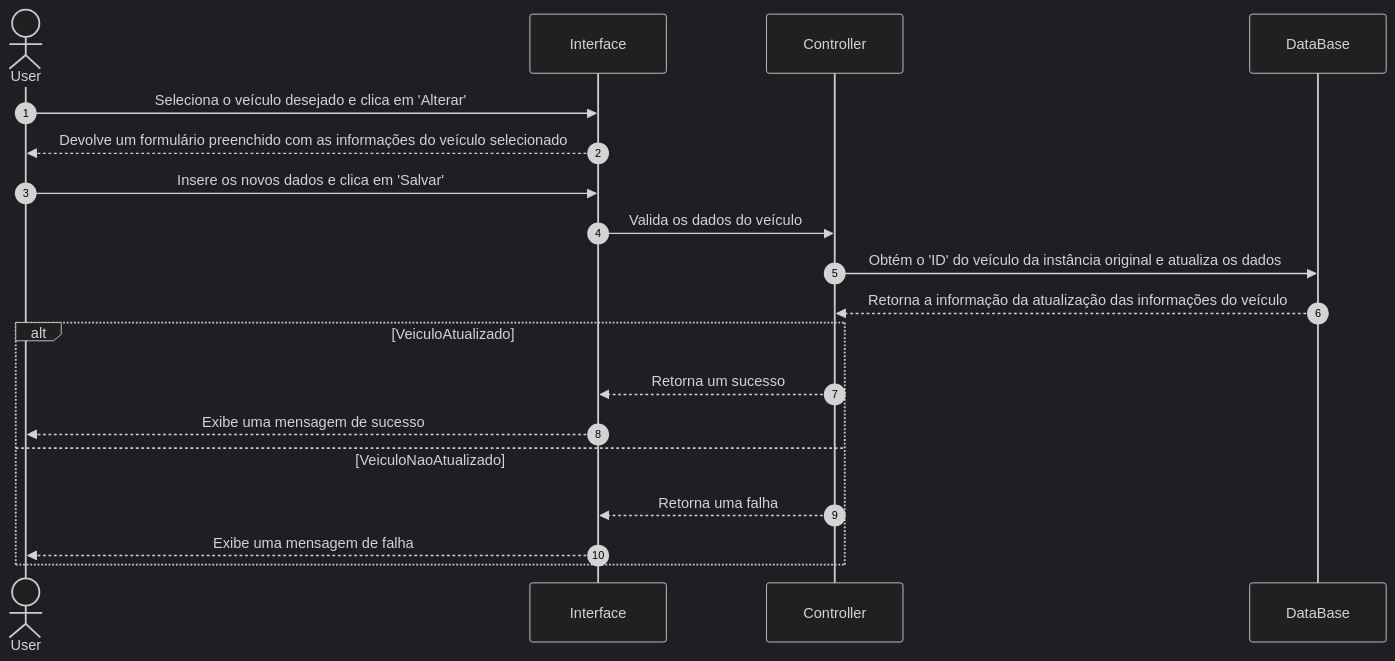
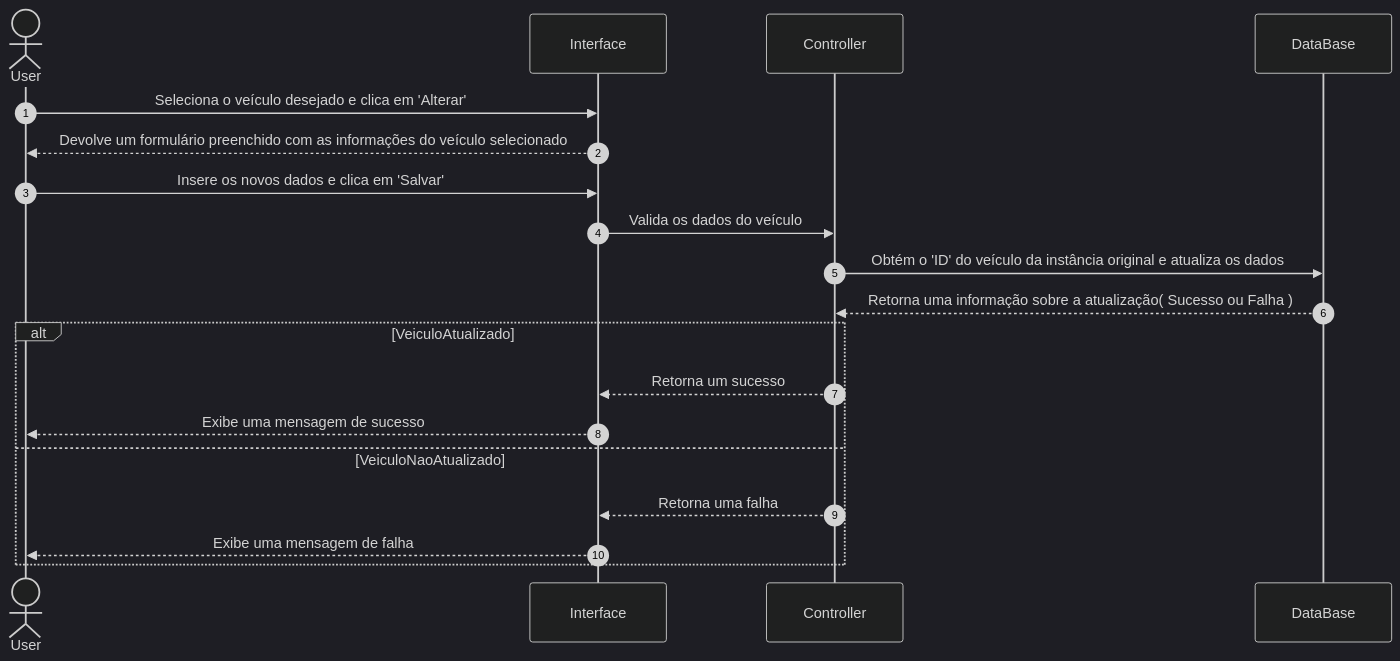
The second of 3 diagrams in README.md (OieusouNoob/SistemaCadastroVeiculos), drawn with Mermaid before and after one commit.

Commit message:
Update: Readme

````diff
--- a/README.md
+++ b/README.md
@@ -60,36 +60,36 @@
 ```mermaid
 ---
 config: 
     theme: dark
 ---
 sequenceDiagram
     autonumber
 
     actor User
 
     participant Interface
     participant Controller
     participant DataBase
 
     User ->> Interface: Seleciona o veículo desejado e clica em 'Alterar'
 
     Interface -->> User: Devolve um formulário preenchido com as informações do veículo selecionado
 
     User ->> Interface: Insere os novos dados e clica em 'Salvar'
 
     Interface ->> Controller: Valida os dados do veículo
 
     Controller ->> DataBase: Obtém o 'ID' do veículo da instância original e atualiza os dados
 
-    DataBase -->> Controller: Retorna a informação da atualização das informações do veículo
+    DataBase -->> Controller: Retorna uma informação sobre a atualização( Sucesso ou Falha )
 
     alt VeiculoAtualizado
         Controller -->> Interface: Retorna um sucesso
         Interface -->> User: Exibe uma mensagem de sucesso 
 
     else VeiculoNaoAtualizado
         Controller -->> Interface: Retorna uma falha
         Interface -->> User: Exibe uma mensagem de falha
     end
 
 ```
````
